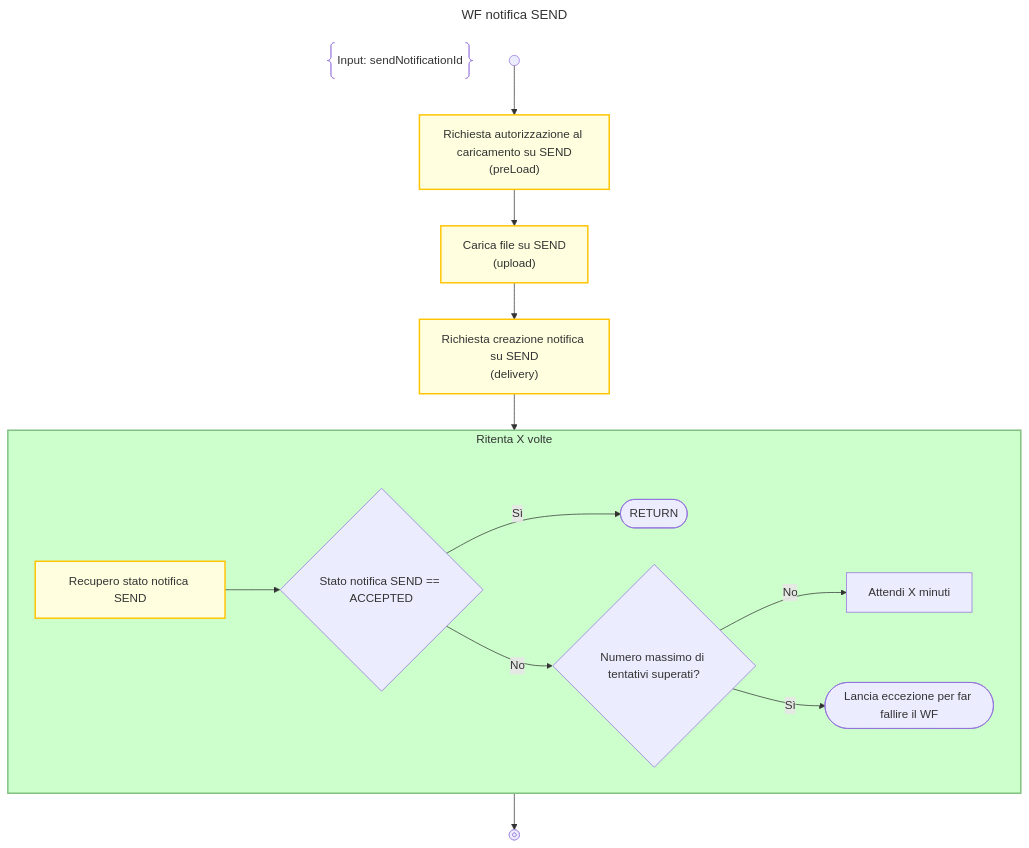
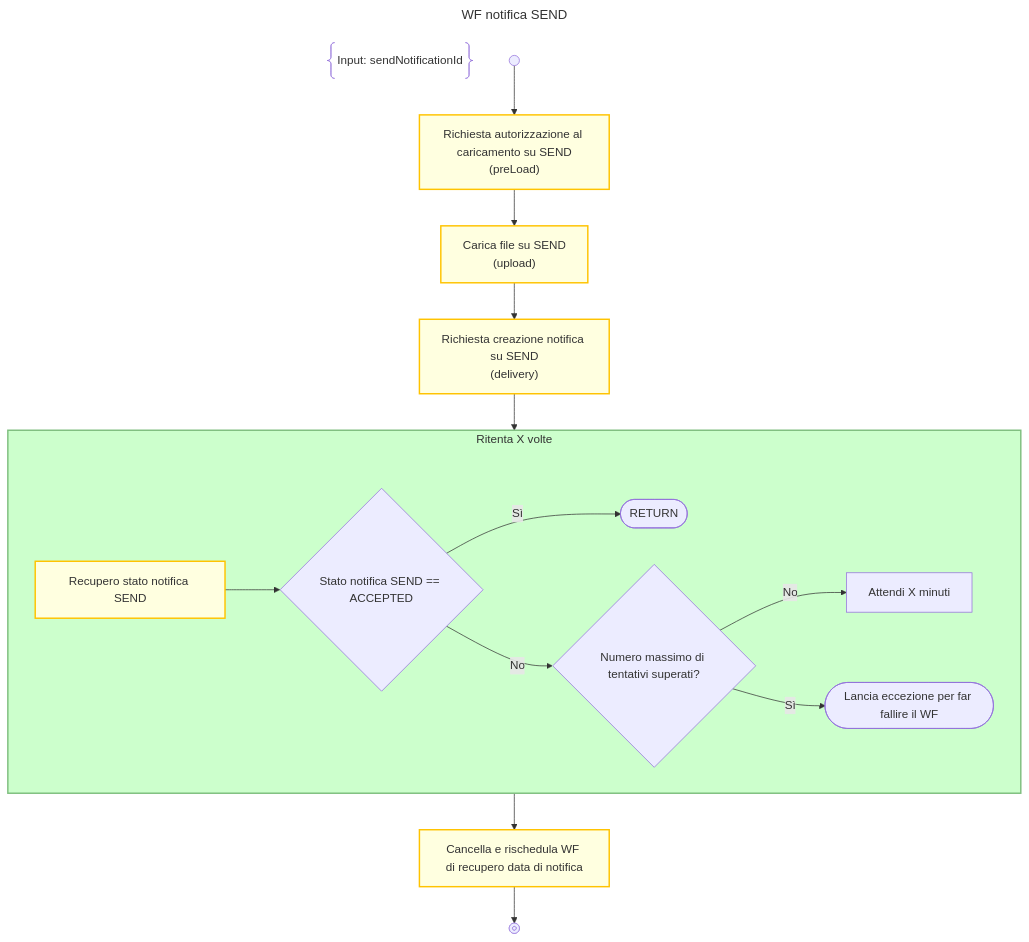
The diagram in design/workflow/notificaSend/wf_SendNotification.mmd (pagopa/p4pa-doc), drawn with Mermaid before and after one commit. The commit also changed 3 other files, not shown here.

Commit message:
feat: SEND notification date retrieve WF

```diff
--- a/design/workflow/notificaSend/wf_SendNotification.mmd
+++ b/design/workflow/notificaSend/wf_SendNotification.mmd
@@ -1,29 +1,30 @@
 ---
 title: WF notifica SEND
 ---
 flowchart TD
     DESCRIPTION@{ shape: braces, label: "Input: sendNotificationId" }
     START@{shape: start} -->
     PRELOAD_SEND:::activity@{label: "Richiesta autorizzazione al caricamento su SEND<BR/>(preLoad)"} -->
     UPLOAD_SEND:::activity@{label: "Carica file su SEND<BR/>(upload)"} -->
     DELIVERY_SEND:::activity@{label: "Richiesta creazione notifica su SEND<BR/>(delivery)"} -->
     WAIT_SEND_ACCEPTANCE_LOOP -->
+    SCHEDULE_NOTIFICATION_DATE_RETRIEVE:::activity@{label: "Cancella e rischedula WF di recupero data di notifica"} -->
     END@{shape: stop}
 
     subgraph WAIT_SEND_ACCEPTANCE_LOOP["Ritenta X volte"]
         RETRIEVE_SEND_STATUS:::activity@{label: "Recupero stato notifica SEND"} -->
         IS_ACCEPTED{"Stato notifica SEND == ACCEPTED"} -->
         |Sì|RETURN@{shape: terminal}
 
         IS_ACCEPTED -->
         |No|IS_TOO_MANY_RETRY{"Numero massimo di tentativi superati?"} -->
         |No|WAIT["Attendi X minuti"]
 
         IS_TOO_MANY_RETRY -->
         |Sì|THROW_TOO_MANY_ATTEMPTS_ERROR@{shape: terminal, label: "Lancia eccezione per far fallire il WF"}
     end
     class WAIT_SEND_ACCEPTANCE_LOOP loop
 
     classDef disable display:none;
     classDef activity fill:#FFFFE0, stroke:#ffc300, stroke-width:2px;
     classDef loop fill:#CCFFCC, stroke:#7FBF7F, stroke-width:2px, padding-bottom: 5px;
```
